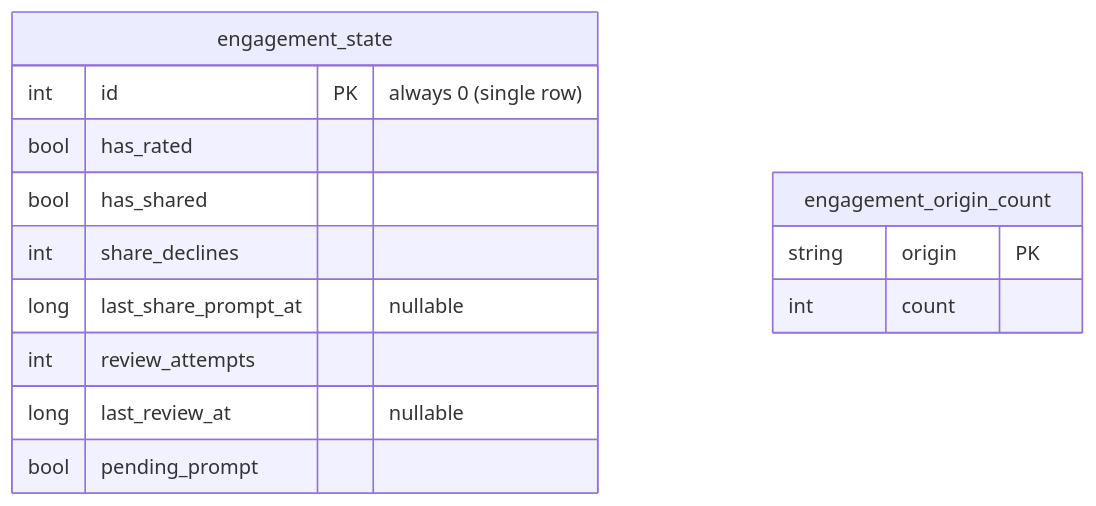
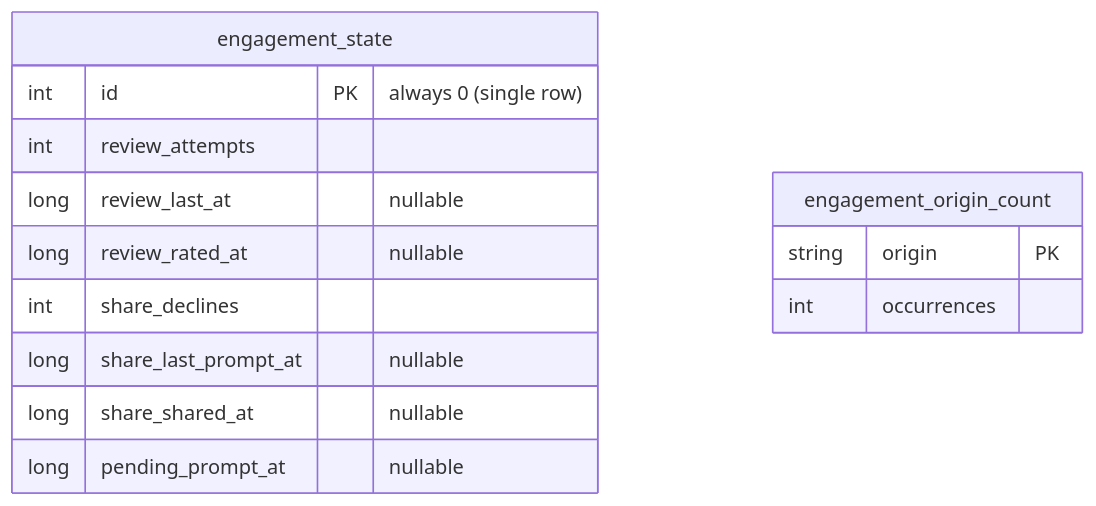
Before and after one commit to raxden/android-platform: the third of 3 diagrams in platform/engagement/README.md, drawn with Mermaid. The commit also changed other lines of this file and 30 other files, not shown here.

````diff
--- a/platform/engagement/README.md
+++ b/platform/engagement/README.md
@@ -178,17 +198,17 @@
 ```mermaid
 erDiagram
     engagement_state {
         int id PK "always 0 (single row)"
-        bool has_rated
-        bool has_shared
+        int review_attempts
+        long review_last_at "nullable"
+        long review_rated_at "nullable"
         int share_declines
-        long last_share_prompt_at "nullable"
-        int review_attempts
-        long last_review_at "nullable"
-        bool pending_prompt
+        long share_last_prompt_at "nullable"
+        long share_shared_at "nullable"
+        long pending_prompt_at "nullable"
     }
     engagement_origin_count {
         string origin PK
-        int count
+        int occurrences
     }
 ```
````
